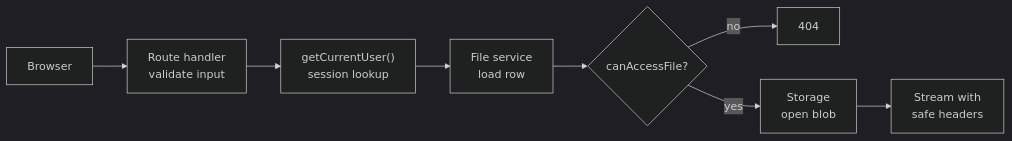
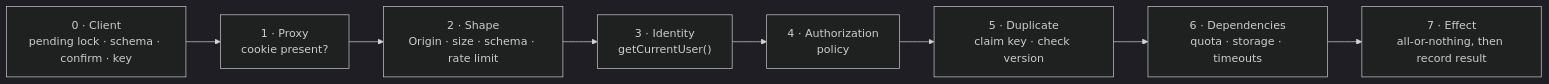
One commit to skojic/secure-file-vault changed the first of 2 diagrams in README.md. Above: the diagram before and after it, drawn with Mermaid (dark theme). The commit also changed other lines of this file and 38 other files, not shown here.

First line of the commit message:
Replace workflow gates with request-flow guardrails

````diff
--- a/README.md
+++ b/README.md
@@ -46,10 +48,10 @@
 ```mermaid
 flowchart LR
-  B[Browser] --> R["Route handler<br/>validate input"]
-  R --> U["getCurrentUser()<br/>session lookup"]
-  U --> S["File service<br/>load row"]
-  S --> P{"canAccessFile?"}
-  P -- no --> N["404"]
-  P -- yes --> St["Storage<br/>open blob"]
-  St --> Res["Stream with<br/>safe headers"]
+  C["0 · Client<br/>pending lock · schema · confirm · key"] --> P["1 · Proxy<br/>cookie present?"]
+  P --> S["2 · Shape<br/>Origin · size · schema · rate limit"]
+  S --> I["3 · Identity<br/>getCurrentUser()"]
+  I --> A["4 · Authorization<br/>policy"]
+  A --> D["5 · Duplicate<br/>claim key · check version"]
+  D --> R["6 · Dependencies<br/>quota · storage · timeouts"]
+  R --> E["7 · Effect<br/>all-or-nothing, then record result"]
 ```
````
